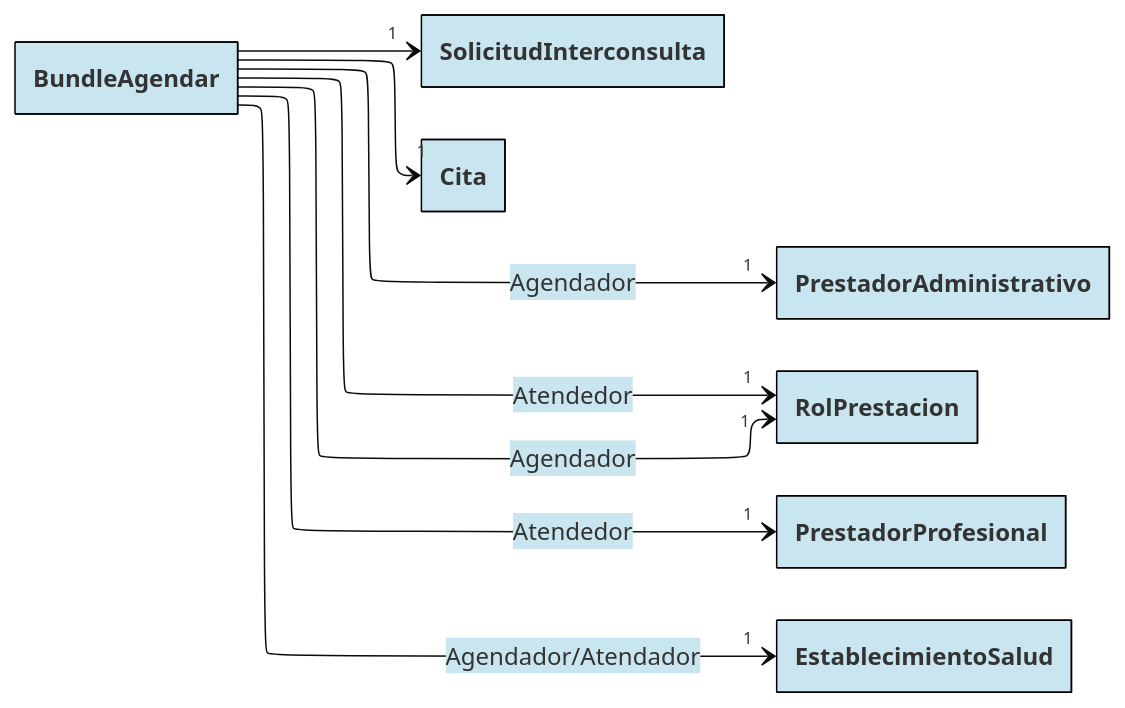
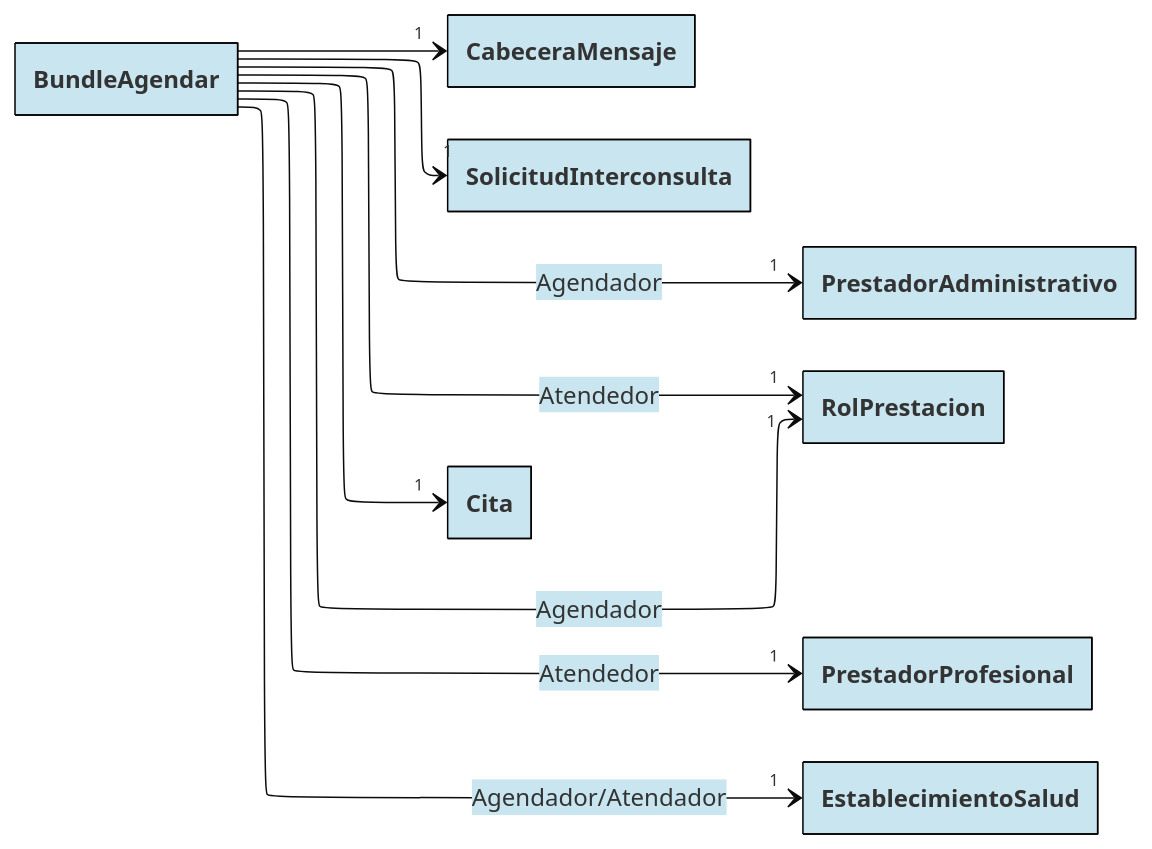
One commit to chris-f23/diagramas-fhir-tei changed the diagram in docs/bundles/5.BundleAgendar.mmd. Above: the diagram before and after it, drawn with Mermaid. The commit also changed 8 other files, not shown here.

```diff
--- a/docs/bundles/5.BundleAgendar.mmd
+++ b/docs/bundles/5.BundleAgendar.mmd
@@ -1,56 +1,59 @@
 ---
 config:
   layout: elk
   theme: base
   class:
     hideEmptyMembersBox: true
   themeVariables:
     primaryBorderColor: "#000000"
     primaryColor: "#C9E6F0"
 ---
 
 classDiagram
 direction LR
 
+BundleAgendar --> "1" CabeceraMensaje
+link CabeceraMensaje "https://github.com/chris-f23/diagramas-fhir-tei/blob/main/docs/CabeceraMensaje.mmd"
+
 
 BundleAgendar --> "1" SolicitudInterconsulta
 link SolicitudInterconsulta "https://github.com/chris-f23/diagramas-fhir-tei/blob/main/docs/SolicitudInterconsulta.mmd"
 
 BundleAgendar --> "1" PrestadorAdministrativo: Agendador
 link SolicitudInterconsulta "https://github.com/chris-f23/diagramas-fhir-tei/blob/main/docs/Prestador.mmd"
 
 BundleAgendar --> "1" RolPrestacion: Agendador
 BundleAgendar --> "1" RolPrestacion: Atendedor
 link RolPrestacion "https://github.com/chris-f23/diagramas-fhir-tei/blob/main/docs/RolPrestacion.mmd"
 
 BundleAgendar --> "1" PrestadorProfesional: Atendedor
-link Profesional "https://github.com/chris-f23/diagramas-fhir-tei/blob/main/docs/Prestador.mmd"
+link PrestadorProfesional "https://github.com/chris-f23/diagramas-fhir-tei/blob/main/docs/Prestador.mmd"
 
 BundleAgendar --> "1" EstablecimientoSalud: Agendador/Atendador
 link EstablecimientoSalud "https://github.com/chris-f23/diagramas-fhir-tei/blob/main/docs/EstablecimientoSalud.mmd"
 
 
 BundleAgendar --> "1" Cita
 link Cita "https://github.com/chris-f23/diagramas-fhir-tei/blob/main/docs/Cita.mmd"
 
 %% RolPrestacion ..> "1" EstablecimientoSalud
 %% RolPrestacion ..> "1" Profesional
 
 %% SolicitudInterconsulta ..> "1" Paciente: Subject
 %% SolicitudInterconsulta ..> "0..1" AtencionInicial: Encounter
 %% SolicitudInterconsulta ..> "0..1" RolPrestacion: Requester
 
 
 %% AtencionInicial ..> "1" Paciente: Subject
 %% AtencionInicial ..> "1" CondicionDiagnostico: Diagnostico de inicio
 
 
 
 %% SolicitudInterconsulta ..> "0..1" CondicionDiagnostico: Diagnostico de inicio
 %% SolicitudInterconsulta ..> "*" AlergiaOIntolerancia: Alergias
 %% SolicitudInterconsulta ..> "0..1" Observacion: Indice de comorbilidad
 %% SolicitudInterconsulta ..> "0..1" Observacion: Es cuidador
 %% SolicitudInterconsulta ..> "0..1" Observacion: Tiene discapacidad
 %% SolicitudInterconsulta ..> "0..1" MotivoDerivacion: Motivo de derivación
 %% SolicitudInterconsulta ..> "*" SolicitudExamen: Solicitudes de examenes
 %% SolicitudInterconsulta ..> "*" Observacion: Resultados de examenes
```
